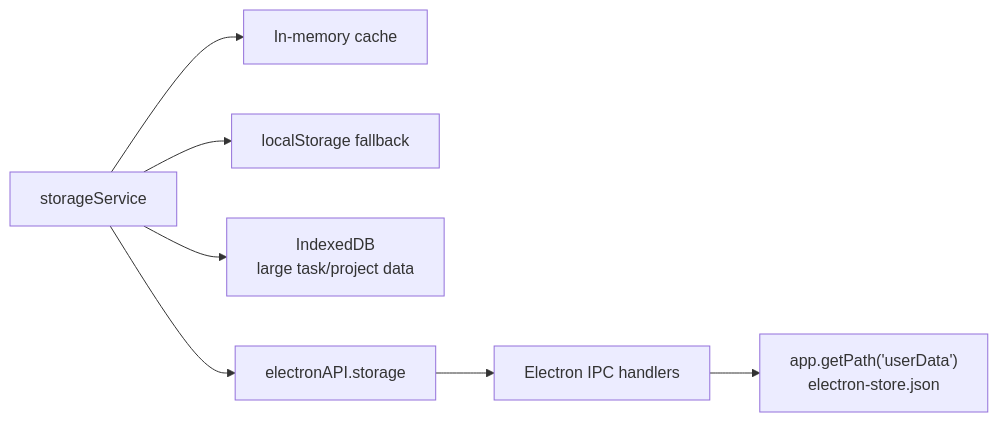
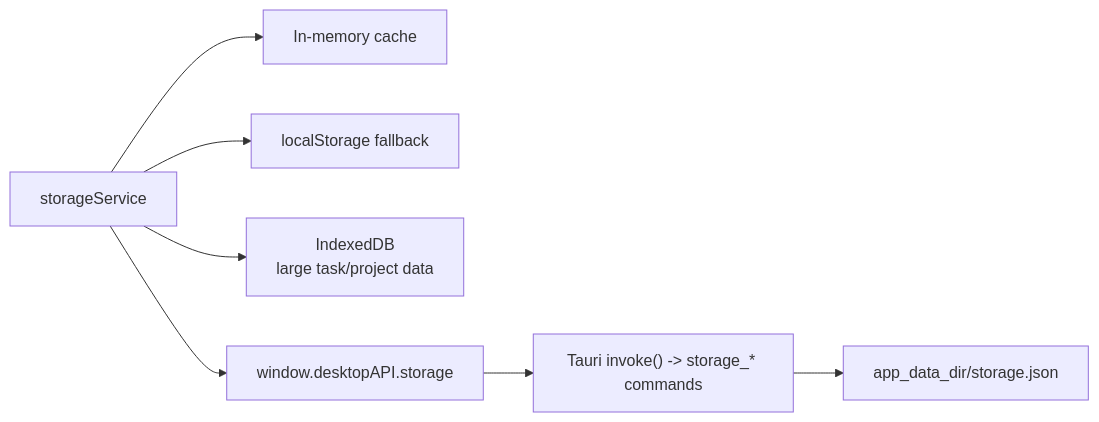
One commit to bharathvbcr/LiquiTask changed the fifth of 5 diagrams in README.md. Above: the diagram before and after it, drawn with Mermaid. The commit also changed other lines of this file and 36 other files, not shown here.

First line of the commit message:
feat: migrate desktop shell from Electron to Tauri 2

````diff
--- a/README.md
+++ b/README.md
@@ -390,9 +393,9 @@
 ```mermaid
 flowchart LR
   StorageService["storageService"] --> Cache["In-memory cache"]
   StorageService --> LocalStorage["localStorage fallback"]
   StorageService --> IndexedDB["IndexedDB\nlarge task/project data"]
-  StorageService --> NativeAPI["electronAPI.storage"]
-  NativeAPI --> ElectronIPC["Electron IPC handlers"]
-  ElectronIPC --> UserData["app.getPath('userData')\nelectron-store.json"]
+  StorageService --> NativeAPI["window.desktopAPI.storage"]
+  NativeAPI --> TauriInvoke["Tauri invoke() -> storage_* commands"]
+  TauriInvoke --> UserData["app_data_dir/storage.json"]
 ```
````
